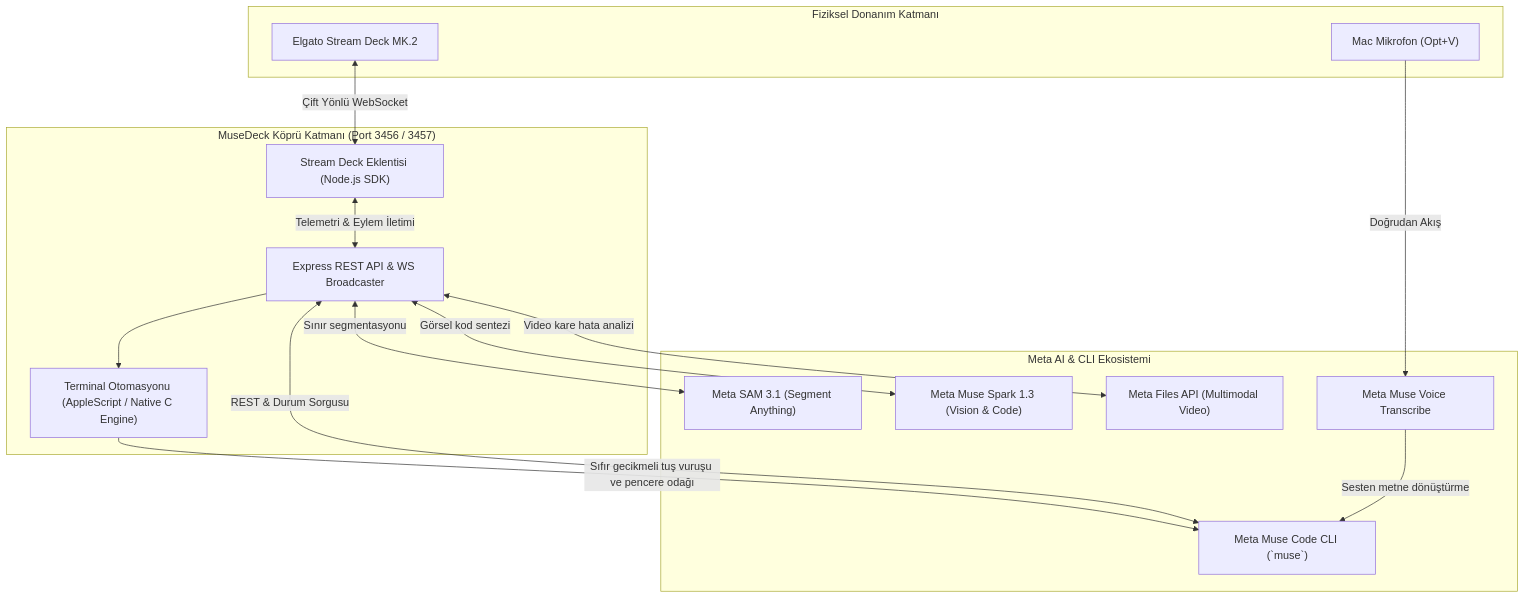
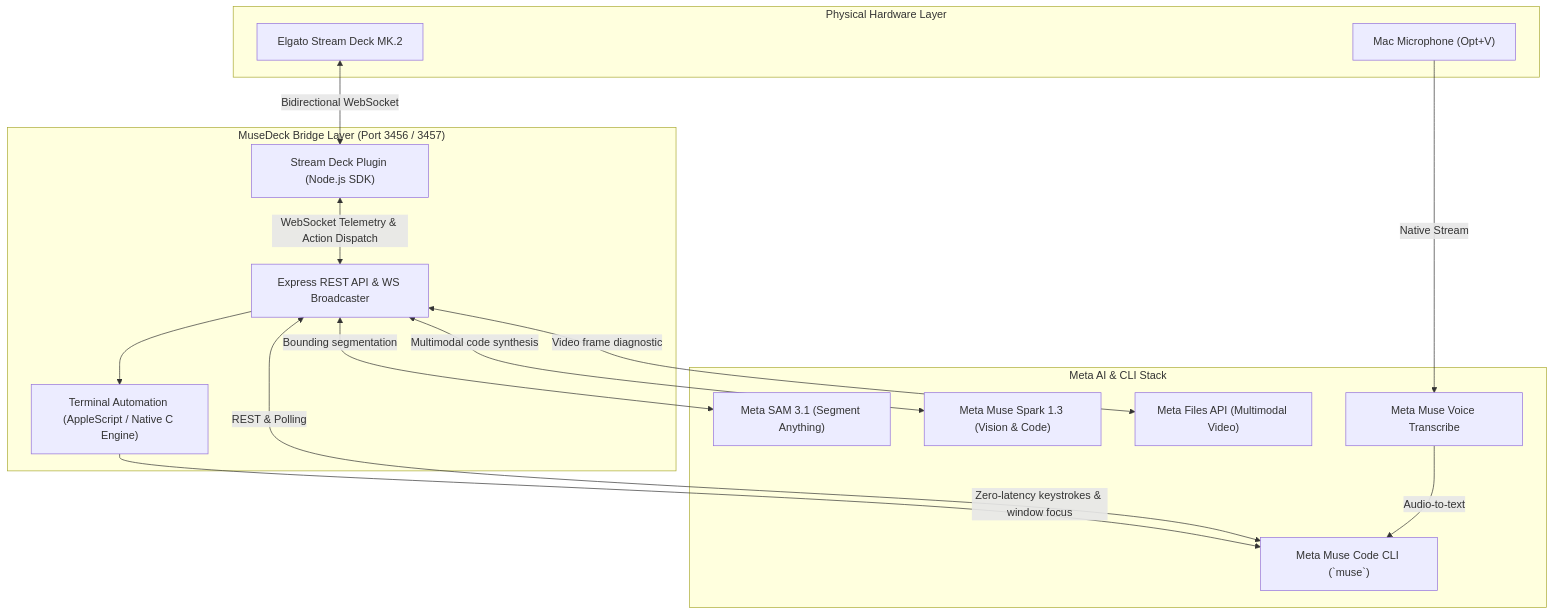
One commit to memetcircus/musedeck changed the first of 3 diagrams in README.md. Above: the diagram before and after it, drawn with Mermaid. The commit also changed other lines of this file, not shown here.

````diff
--- a/README.md
+++ b/README.md
@@ -168,34 +166,34 @@
 ```mermaid
 flowchart TD
-    subgraph Hardware["Fiziksel Donanım Katmanı"]
+    subgraph Hardware["Physical Hardware Layer"]
         SD["Elgato Stream Deck MK.2"]
-        MIC["Mac Mikrofon (Opt+V)"]
+        MIC["Mac Microphone (Opt+V)"]
     end
 
-    subgraph BridgeLayer["MuseDeck Köprü Katmanı (Port 3456 / 3457)"]
-        Plugin["Stream Deck Eklentisi (Node.js SDK)"]
+    subgraph BridgeLayer["MuseDeck Bridge Layer (Port 3456 / 3457)"]
+        Plugin["Stream Deck Plugin (Node.js SDK)"]
         Server["Express REST API & WS Broadcaster"]
-        Automator["Terminal Otomasyonu (AppleScript / Native C Engine)"]
+        Automator["Terminal Automation (AppleScript / Native C Engine)"]
     end
 
-    subgraph MetaStack["Meta AI & CLI Ekosistemi"]
+    subgraph MetaStack["Meta AI & CLI Stack"]
         MuseCLI["Meta Muse Code CLI (`muse`)"]
         SAM["Meta SAM 3.1 (Segment Anything)"]
         Spark["Meta Muse Spark 1.3 (Vision & Code)"]
         FilesAPI["Meta Files API (Multimodal Video)"]
         VoiceAPI["Meta Muse Voice Transcribe"]
     end
 
-    SD <-->|"Çift Yönlü WebSocket"| Plugin
-    Plugin <-->|"Telemetri & Eylem İletimi"| Server
+    SD <-->|"Bidirectional WebSocket"| Plugin
+    Plugin <-->|"WebSocket Telemetry & Action Dispatch"| Server
     Server --> Automator
-    Automator -->|"Sıfır gecikmeli tuş vuruşu ve pencere odağı"| MuseCLI
-    Server <-->|"REST & Durum Sorgusu"| MuseCLI
+    Automator -->|"Zero-latency keystrokes & window focus"| MuseCLI
+    Server <-->|"REST & Polling"| MuseCLI
 
-    MIC -->|"Doğrudan Akış"| VoiceAPI
-    VoiceAPI -->|"Sesten metne dönüştürme"| MuseCLI
+    MIC -->|"Native Stream"| VoiceAPI
+    VoiceAPI -->|"Audio-to-text"| MuseCLI
 
-    Server <-->|"Sınır segmentasyonu"| SAM
-    Server <-->|"Görsel kod sentezi"| Spark
-    Server <-->|"Video kare hata analizi"| FilesAPI
+    Server <-->|"Bounding segmentation"| SAM
+    Server <-->|"Multimodal code synthesis"| Spark
+    Server <-->|"Video frame diagnostic"| FilesAPI
 ```
````
